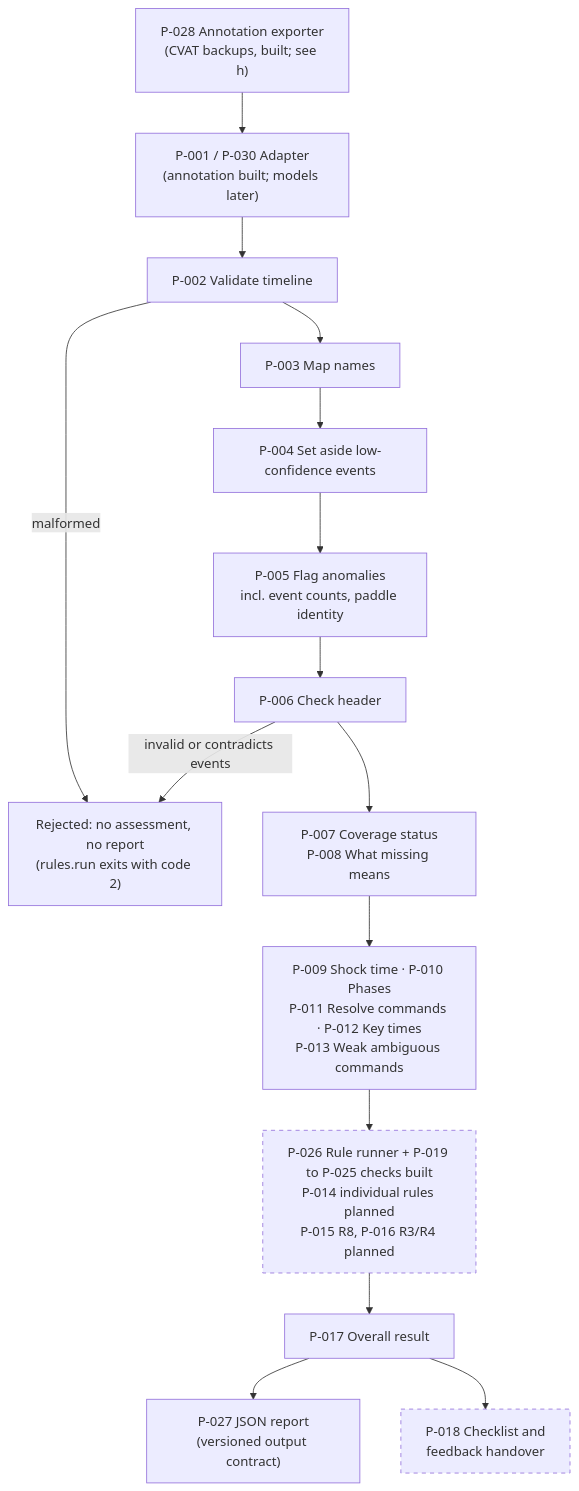
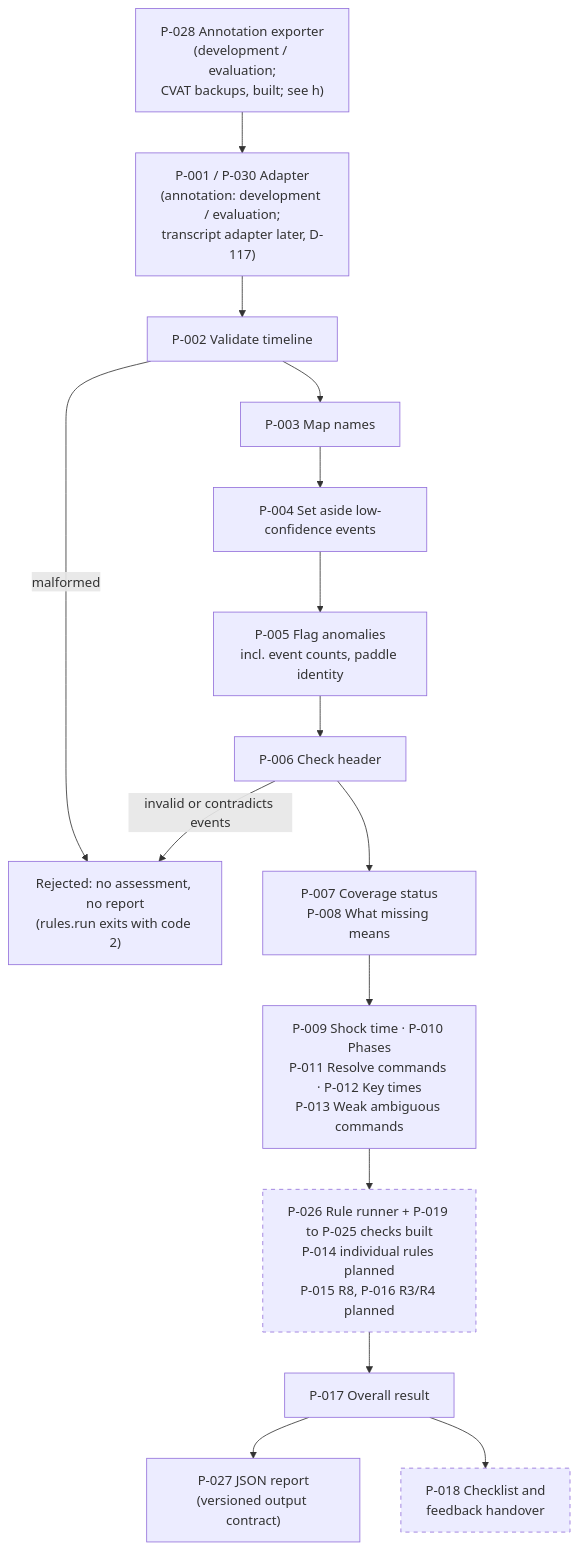
Before and after one commit to ananthu65/defibrillator_research: the second of 16 diagrams in docs/rule_engine/diagrams.md, drawn with Mermaid. The commit also changed other lines of this file and 24 other files, not shown here.

````diff
--- a/docs/rule_engine/diagrams.md
+++ b/docs/rule_engine/diagrams.md
@@ -35,25 +35,25 @@
 ```mermaid
 flowchart TD
-    A0["P-028 Annotation exporter<br/>(CVAT backups, built; see h)"]
-    A["P-001 / P-030 Adapter<br/>(annotation built; models later)"]
+    A0["P-028 Annotation exporter<br/>(development / evaluation;<br/>CVAT backups, built; see h)"]
+    A["P-001 / P-030 Adapter<br/>(annotation: development / evaluation;<br/>transcript adapter later, D-117)"]
     A0 --> A
     B["P-002 Validate timeline"]
     C["P-003 Map names"]
     D["P-004 Set aside low-confidence events"]
     E["P-005 Flag anomalies<br/>incl. event counts, paddle identity"]
     F["P-006 Check header"]
     G["P-007 Coverage status<br/>P-008 What missing means"]
     H["P-009 Shock time · P-010 Phases<br/>P-011 Resolve commands · P-012 Key times<br/>P-013 Weak ambiguous commands"]
     I["P-026 Rule runner + P-019 to P-025 checks built<br/>P-014 individual rules planned<br/>P-015 R8, P-016 R3/R4 planned"]:::planned
     J["P-017 Overall result"]
     K["P-027 JSON report<br/>(versioned output contract)"]
     L["P-018 Checklist and<br/>feedback handover"]:::planned
     X["Rejected: no assessment, no report<br/>(rules.run exits with code 2)"]
     A --> B
     B -->|malformed| X
     B --> C --> D --> E --> F
     F -->|invalid or contradicts events| X
     F --> G --> H --> I --> J --> K
     J --> L
     classDef planned stroke-dasharray: 5 5
 ```
````
